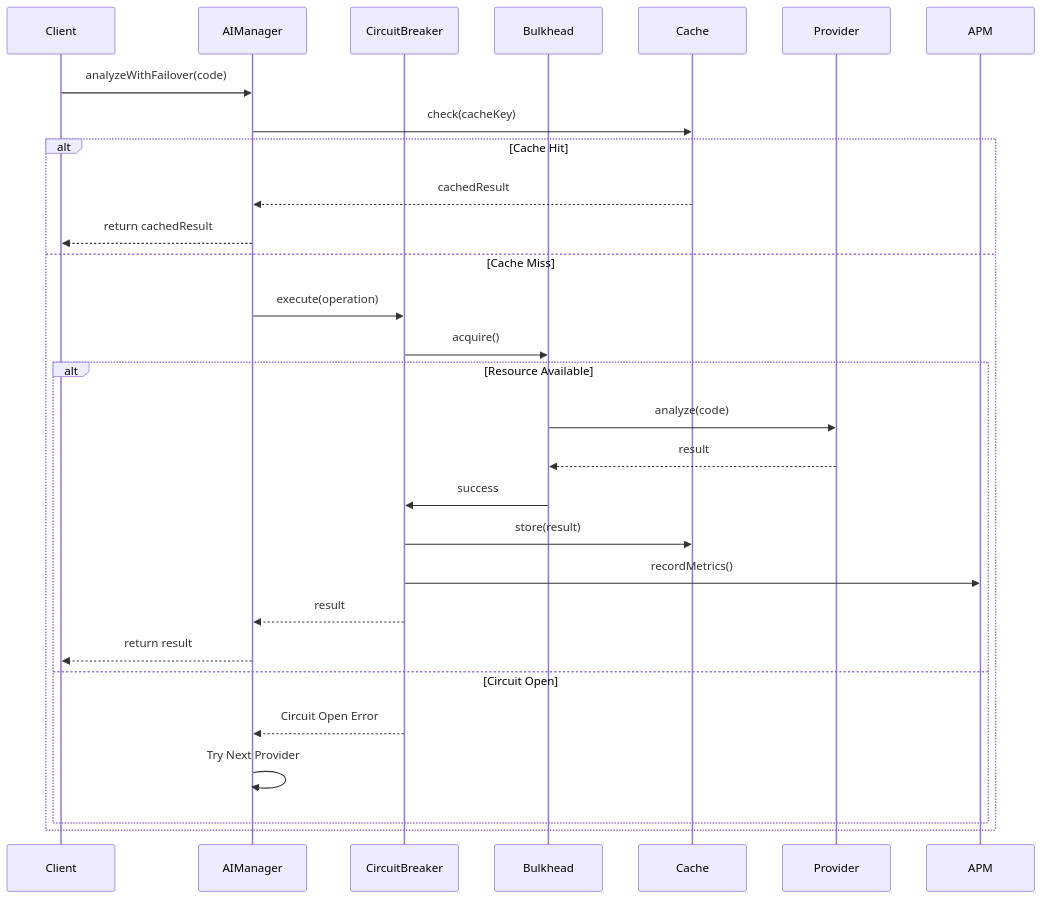
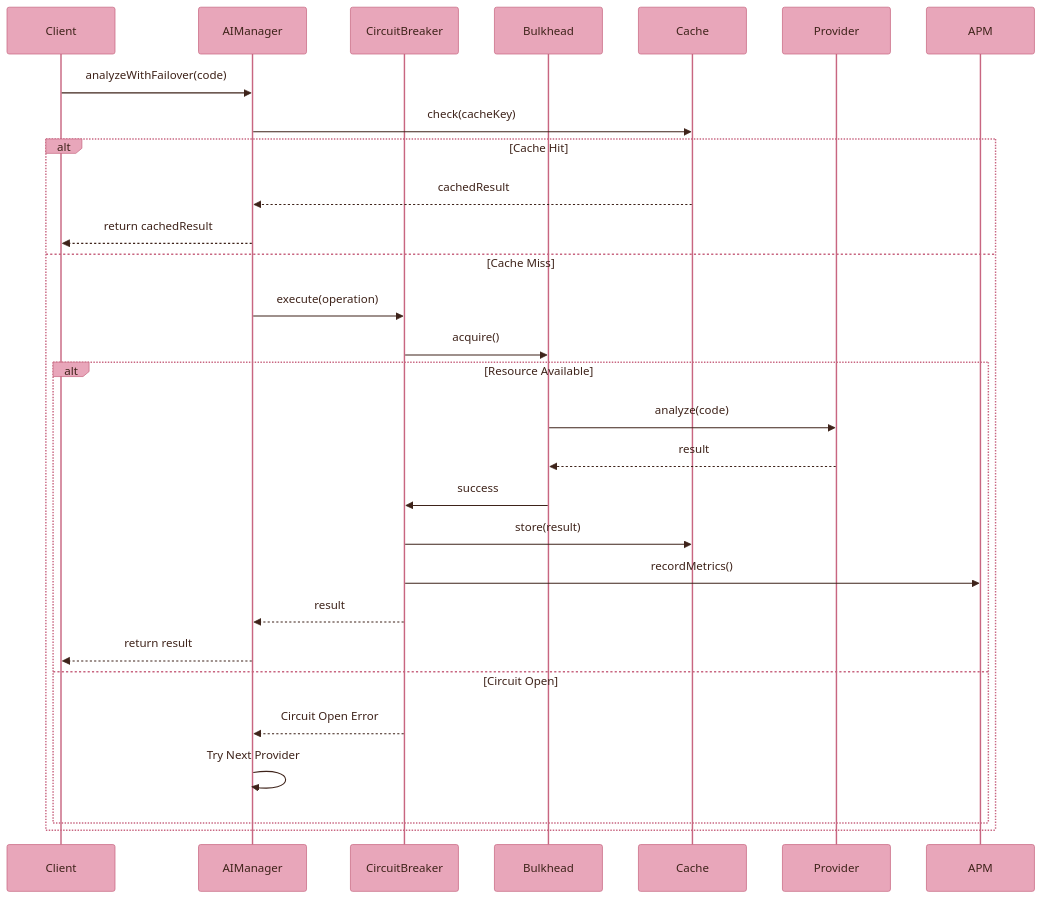
The seventh of 24 diagrams in docs/ARCHITECTURE.md (radicalkjax/Athena), drawn with Mermaid before and after one commit. The commit also changed other lines of this file and 5 other files, not shown here.

````diff
--- a/docs/ARCHITECTURE.md
+++ b/docs/ARCHITECTURE.md
@@ -290,34 +392,61 @@
 ```mermaid
+%%{init: {
+  'theme': 'base',
+  'themeVariables': {
+    'primaryColor': '#E8A6BA',
+    'primaryTextColor': '#3E231A',
+    'primaryBorderColor': '#C86681',
+    'lineColor': '#B65E71',
+    'secondaryColor': '#F6BD6B',
+    'tertiaryColor': '#D58C61',
+    'background': '#FFFFFF',
+    'mainBkg': '#E8A6BA',
+    'secondBkg': '#F6BD6B',
+    'tertiaryBkg': '#D58C61',
+    'textColor': '#3E231A',
+    'fontFamily': 'Arial, sans-serif'
+  }
+}}%%
+%%{init: {
+  'sequence': {
+    'actorMargin': 50,
+    'boxMargin': 10,
+    'boxTextMargin': 5,
+    'noteMargin': 10,
+    'messageMargin': 35,
+    'mirrorActors': true
+  }
+}}%%
 sequenceDiagram
     participant Client
     participant AIManager
     participant CircuitBreaker
     participant Bulkhead
     participant Cache
     participant Provider
     participant APM
     
     Client->>AIManager: analyzeWithFailover(code)
     AIManager->>Cache: check(cacheKey)
     
     alt Cache Hit
         Cache-->>AIManager: cachedResult
         AIManager-->>Client: return cachedResult
     else Cache Miss
         AIManager->>CircuitBreaker: execute(operation)
         CircuitBreaker->>Bulkhead: acquire()
         
         alt Resource Available
             Bulkhead->>Provider: analyze(code)
             Provider-->>Bulkhead: result
             Bulkhead->>CircuitBreaker: success
             CircuitBreaker->>Cache: store(result)
             CircuitBreaker->>APM: recordMetrics()
             CircuitBreaker-->>AIManager: result
             AIManager-->>Client: return result
         else Circuit Open
             CircuitBreaker-->>AIManager: Circuit Open Error
             AIManager->>AIManager: Try Next Provider
         end
     end
 ```
````
